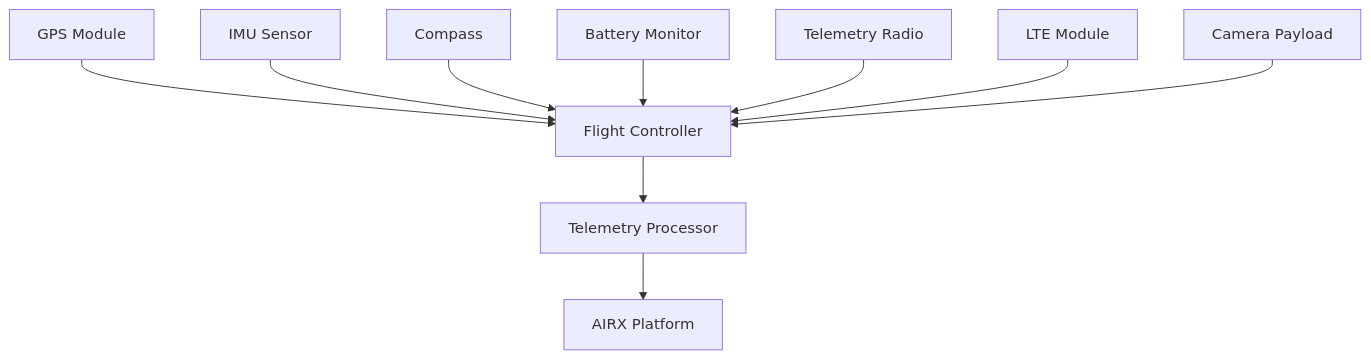
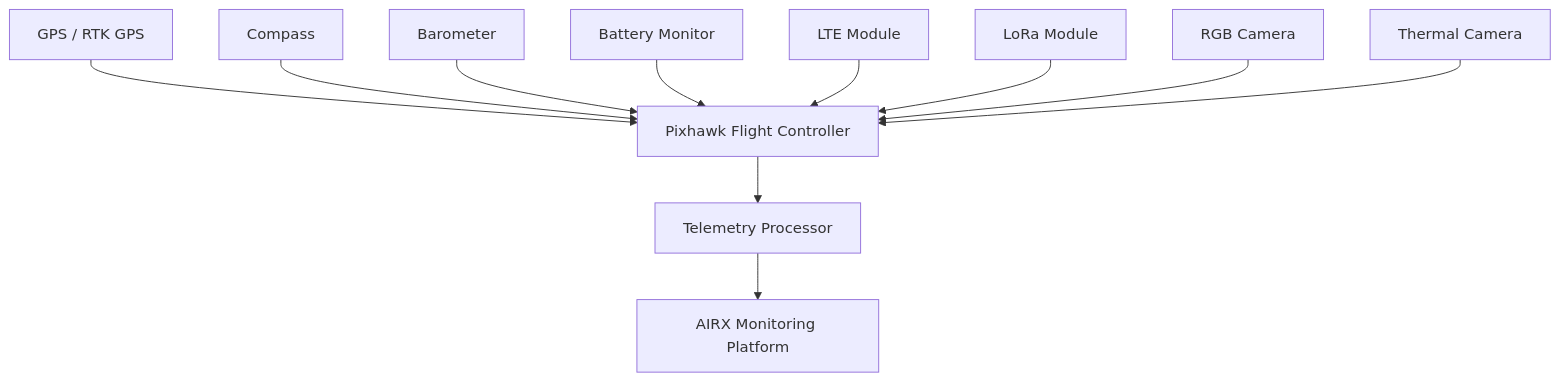
One commit to dhilipan182005/Autonomous-Drone-Logistics-Operating-System-ADLOS- changed the second of 2 diagrams in README.md. Above: the diagram before and after it, drawn with Mermaid. The commit also changed other lines of this file, not shown here.

First line of the commit message:
Enhance README with detailed platform information

````diff
--- a/README.md
+++ b/README.md
@@ -51,13 +52,27 @@
 ```mermaid
-graph TD
-    A[GPS Module] --> H[Flight Controller]
-    B[IMU Sensor] --> H
-    C[Compass] --> H
-    D[Battery Monitor] --> H
-    E[Telemetry Radio] --> H
-    F[LTE Module] --> H
-    G[Camera Payload] --> H
-    H --> I[Telemetry Processor]
-    I --> J[AIRX Platform]
+flowchart TD
 
+GPS[GPS / RTK GPS]
+COMP[Compass]
+BARO[Barometer]
+BATT[Battery Monitor]
+LTE[LTE Module]
+LORA[LoRa Module]
+CAM[RGB Camera]
+THERM[Thermal Camera]
+
+GPS --> FC
+COMP --> FC
+BARO --> FC
+BATT --> FC
+LTE --> FC
+LORA --> FC
+CAM --> FC
+THERM --> FC
+
+FC[Pixhawk Flight Controller]
+
+FC --> TEL[Telemetry Processor]
+
+TEL --> AIRX[AIRX Monitoring Platform]
 ```
````
